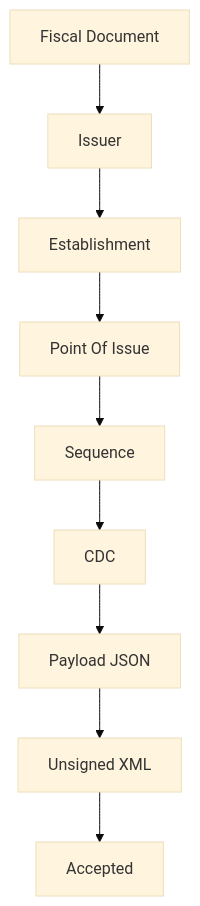
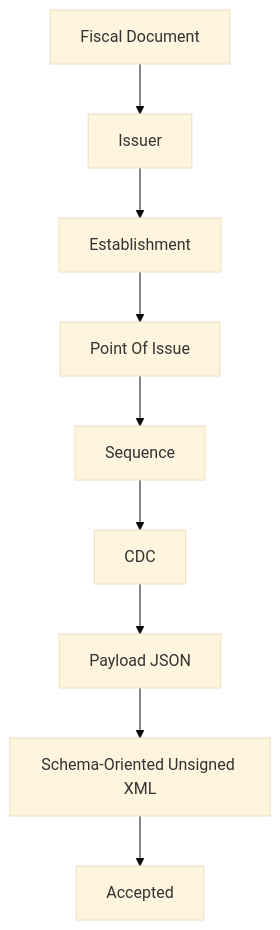
The diagram in docs/diagrams/paraguay-processing.mmd (betopindu/odoo-restaurant-suite), drawn with Mermaid (base theme) before and after one commit. The commit also changed 4 other files, not shown here.

Commit message:
Document Paraguay XML schema readiness

```diff
--- a/docs/diagrams/paraguay-processing.mmd
+++ b/docs/diagrams/paraguay-processing.mmd
@@ -1,19 +1,19 @@
 flowchart TD
 
 A[Fiscal Document]
 
 A --> B[Issuer]
 
 B --> C[Establishment]
 
 C --> D[Point Of Issue]
 
 D --> E[Sequence]
 
 E --> F[CDC]
 
 F --> G[Payload JSON]
 
-G --> H[Unsigned XML]
+G --> H[Schema-Oriented Unsigned XML]
 
 H --> I[Accepted]
```
